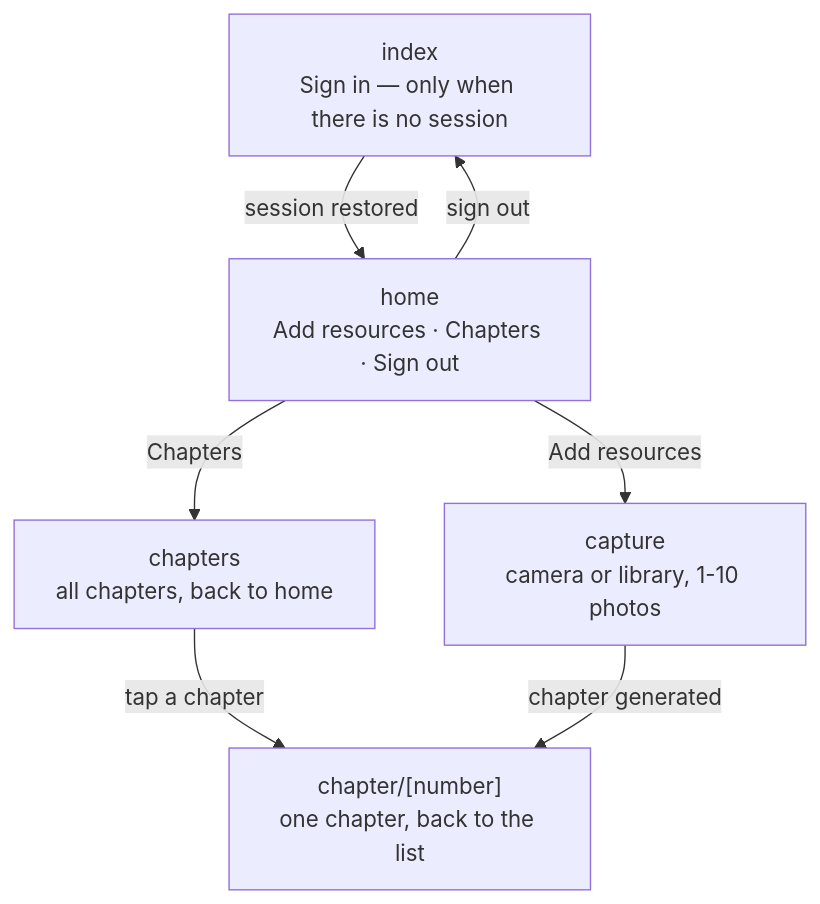
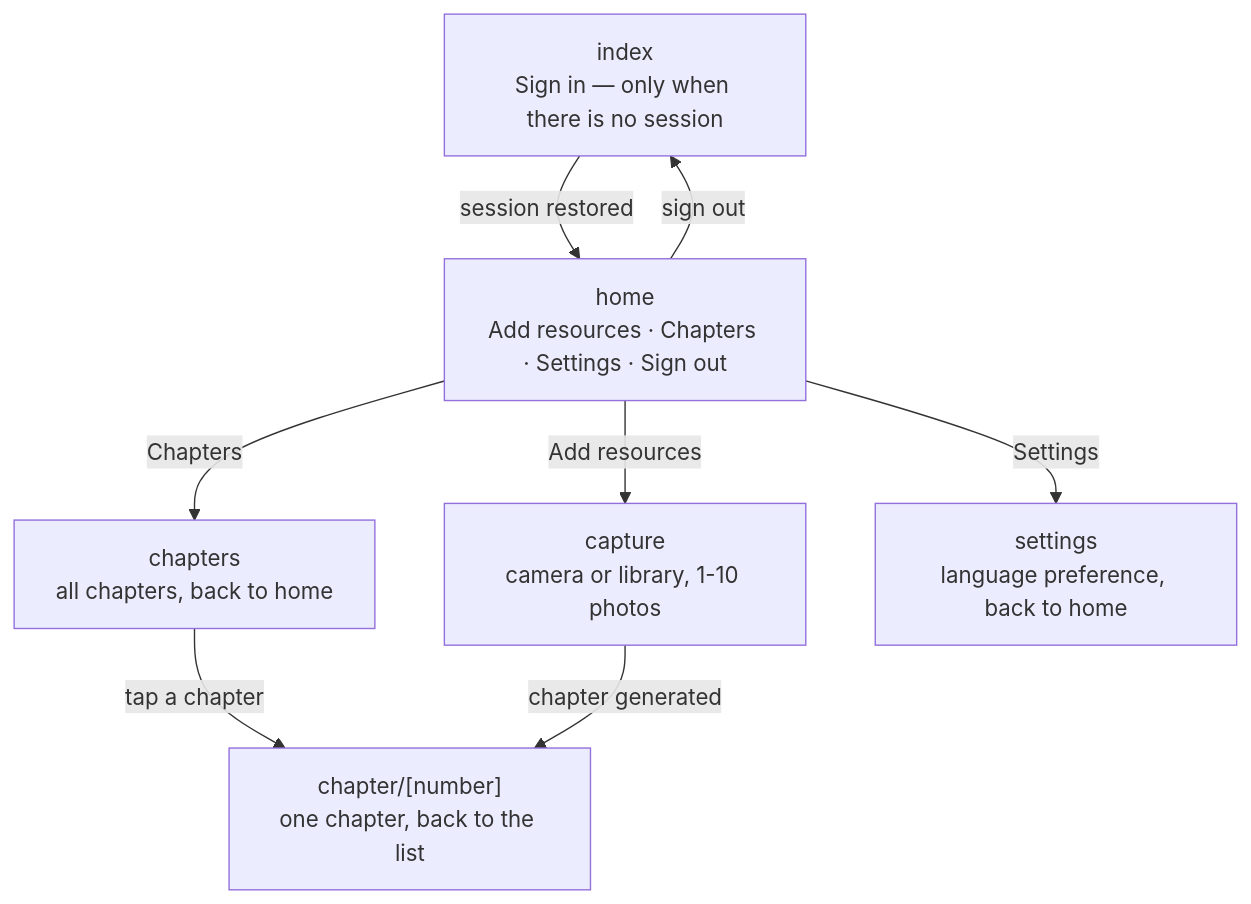
One commit to Pepert/VocabulaFrontend changed the diagram in docs/page-flow.md. Above: the diagram before and after it, drawn with Mermaid. The commit also changed other lines of this file and 19 other files, not shown here.

First line of the commit message:
feat: English/French localization with per-account language preference

````diff
--- a/docs/page-flow.md
+++ b/docs/page-flow.md
@@ -5,9 +5,10 @@
 ```mermaid
 flowchart TD
-    A["index<br/>Sign in — only when there is no session"] -- "session restored" --> B["home<br/>Add resources · Chapters · Sign out"]
+    A["index<br/>Sign in — only when there is no session"] -- "session restored" --> B["home<br/>Add resources · Chapters · Settings · Sign out"]
     B -- "Add resources" --> C["capture<br/>camera or library, 1-10 photos"]
     B -- "Chapters" --> D["chapters<br/>all chapters, back to home"]
     D -- "tap a chapter" --> E["chapter/[number]<br/>one chapter, back to the list"]
     C -- "chapter generated" --> E
+    B -- "Settings" --> F["settings<br/>language preference, back to home"]
     B -- "sign out" --> A
 ```
````
